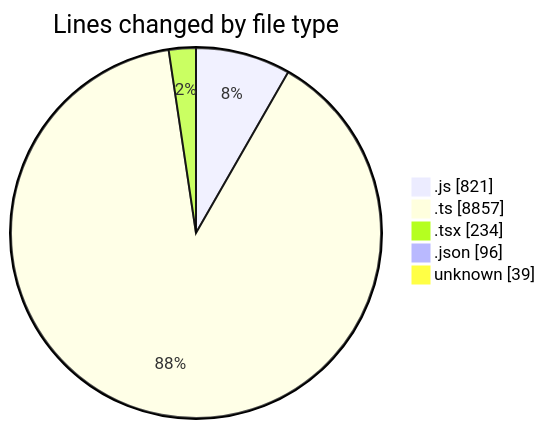
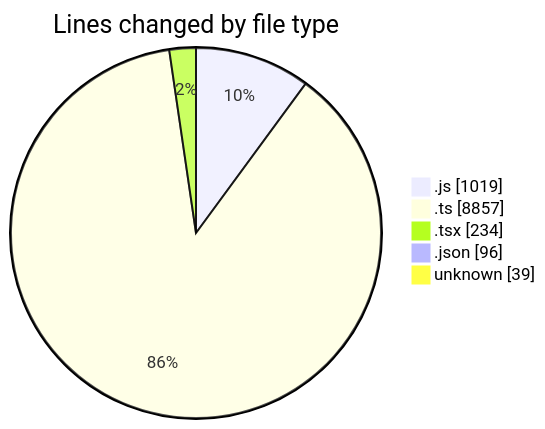
Before and after one commit to momahboobian/code-tracking: the first of 2 diagrams in 2025-05-14/cda/README.md, drawn with Mermaid. The commit also changed other lines of this file and 1 other file, not shown here.

````diff
--- a/2025-05-14/cda/README.md
+++ b/2025-05-14/cda/README.md
@@ -30,9 +30,9 @@
 ```mermaid
 pie showData
 title Lines changed by file type
-".js" : 821
+".js" : 1019
 ".ts" : 8857
 ".tsx" : 234
 ".json" : 96
 "unknown" : 39
 ```
````
